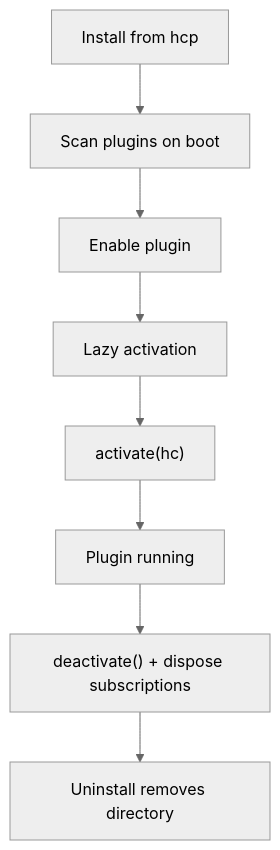
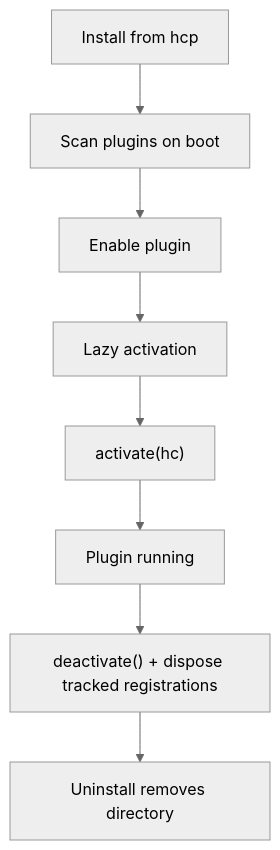
The second of 2 diagrams in docs/architecture.md (harborclient/sdk), drawn with Mermaid (neutral theme) before and after one commit. The commit also changed other lines of this file and 12 other files, not shown here.

````diff
--- a/docs/architecture.md
+++ b/docs/architecture.md
@@ -37,10 +37,10 @@
 ```mermaid
 flowchart TD
   install[Install from hcp] --> discover[Scan plugins on boot]
   discover --> enable[Enable plugin]
   enable --> lazy[Lazy activation]
   lazy --> activate["activate(hc)"]
   activate --> run[Plugin running]
-  run --> deactivate["deactivate() + dispose subscriptions"]
+  run --> deactivate["deactivate() + dispose tracked registrations"]
   deactivate --> uninstall[Uninstall removes directory]
 ```
````
